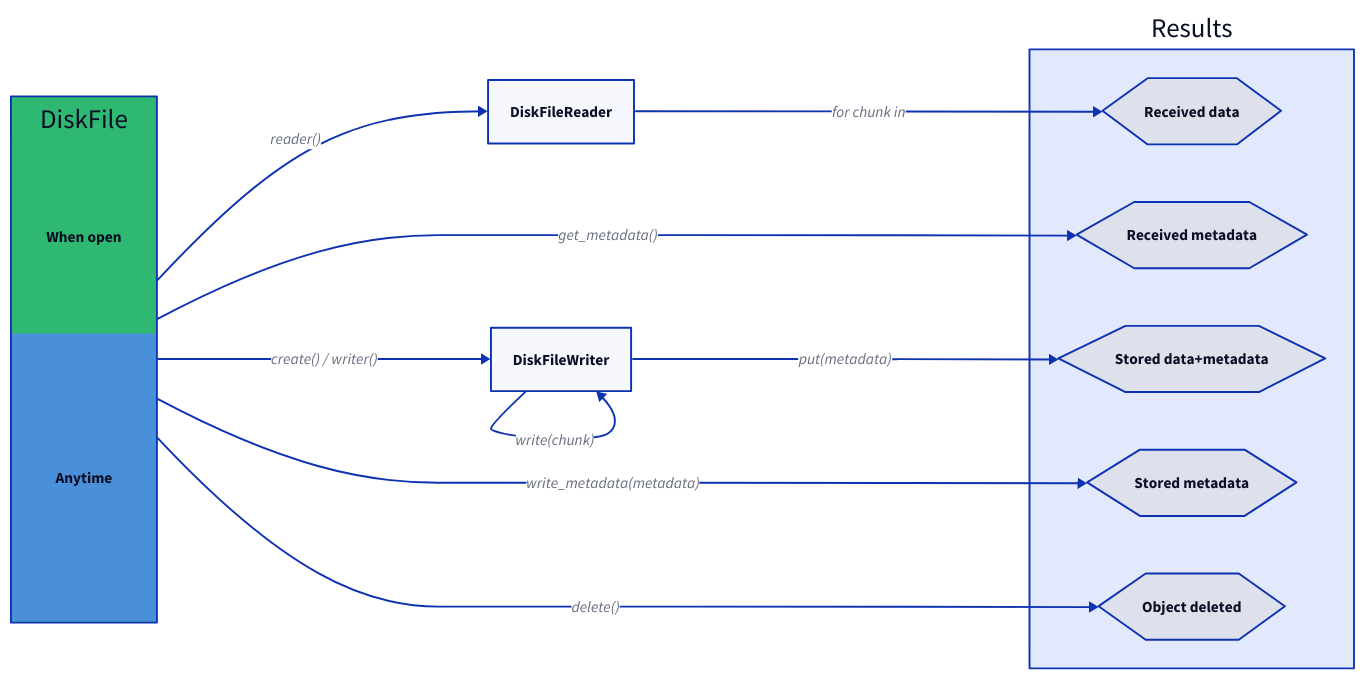
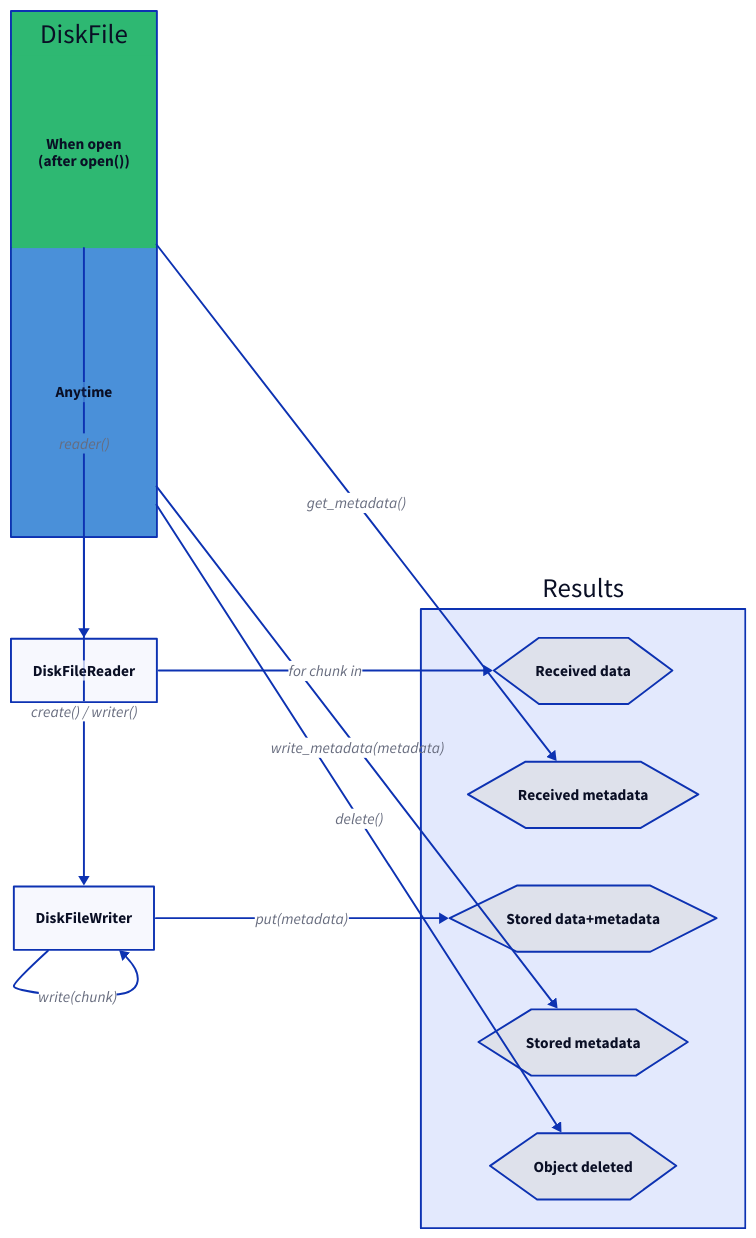
One commit to davidsaOpenu/swiftacular changed the diagram in presentations/object-server/graphs/slide05.d2. Above: the diagram before and after it, drawn with D2. The commit also changed 13 other files, not shown here.

```diff
--- a/presentations/object-server/graphs/slide05.d2
+++ b/presentations/object-server/graphs/slide05.d2
@@ -1,45 +1,45 @@
 direction: right
 
 d: "DiskFile" {
   grid-rows: 2
   grid-gap: 1
   style.fill: "#2eb872"
 
-  o: "When open" {
+  o: "When open\n(after open())" {
     width: 150
     height: 200
 
     style.stroke-width: 0
     style.fill: "#2eb872"
   }
   a: "Anytime" {
     width: 150
     height: 300
 
     style.stroke-width: 0
     style.fill: "#4a90d9"
   }
 }
 
 r: "DiskFileReader"
 w: "DiskFileWriter"
 
 o: "Results" {
   d: "Received data"
   m: "Received metadata"
   s: "Stored data+metadata"
   u: "Stored metadata"
   e: "Object deleted"
   *.shape: hexagon
 }
 
-d -> r: "reader()"
+d.o -> r: "reader()"
 r -> o.d: "for chunk in"
-d -> o.m: "get_metadata()"
+d.o -> o.m: "get_metadata()"
 
-d -> w: "create() / writer()"
+d.a -> w: "create() / writer()"
 w -> w: "write(chunk)"
 w -> o.s: "put(metadata)"
 
-d -> o.e: "delete()"
-d -> o.u: "write_metadata(metadata)"
+d.a -> o.e: "delete()"
+d.a -> o.u: "write_metadata(metadata)"
```
